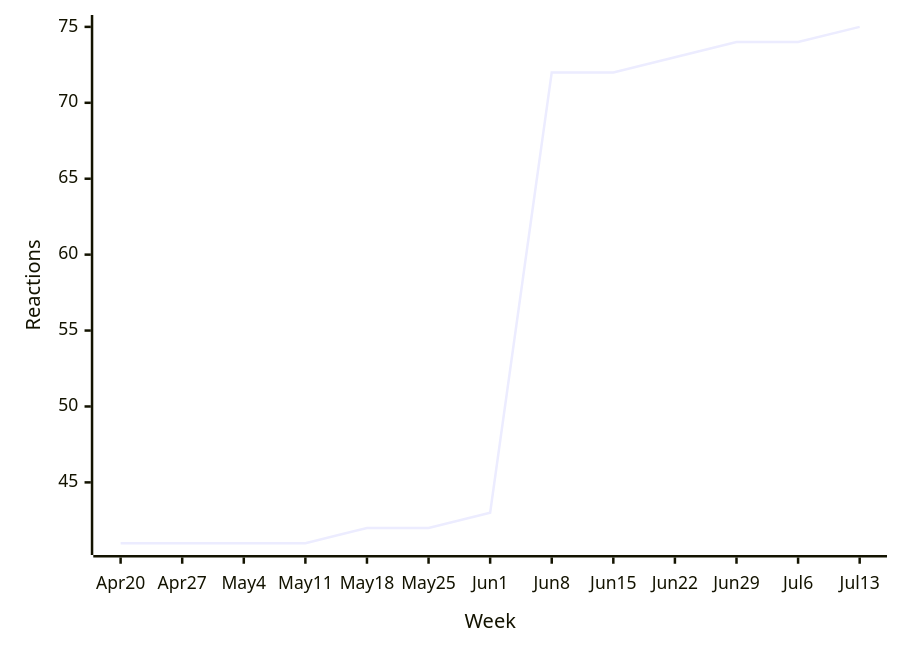
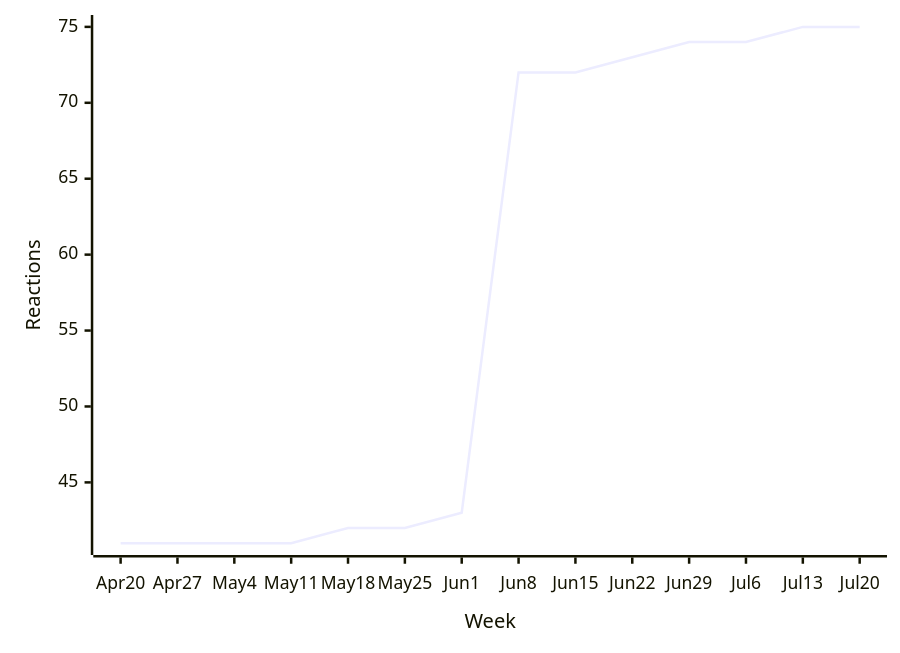
One commit to loic-sharma/github-insights changed the third of 48 diagrams in README.md. Above: the diagram before and after it, drawn with Mermaid. The commit also changed other lines of this file and 3 other files, not shown here.

````diff
--- a/README.md
+++ b/README.md
@@ -373,6 +373,6 @@
   ```mermaid
   xychart-beta
-    x-axis "Week" [Apr 20, Apr 27, May 4, May 11, May 18, May 25, Jun 1, Jun 8, Jun 15, Jun 22, Jun 29, Jul 6, Jul 13]
+    x-axis "Week" [Apr 20, Apr 27, May 4, May 11, May 18, May 25, Jun 1, Jun 8, Jun 15, Jun 22, Jun 29, Jul 6, Jul 13, Jul 20]
     y-axis "Reactions"
-    line [41, 41, 41, 41, 42, 42, 43, 72, 72, 73, 74, 74, 75]
+    line [41, 41, 41, 41, 42, 42, 43, 72, 72, 73, 74, 74, 75, 75]
   ```
````
